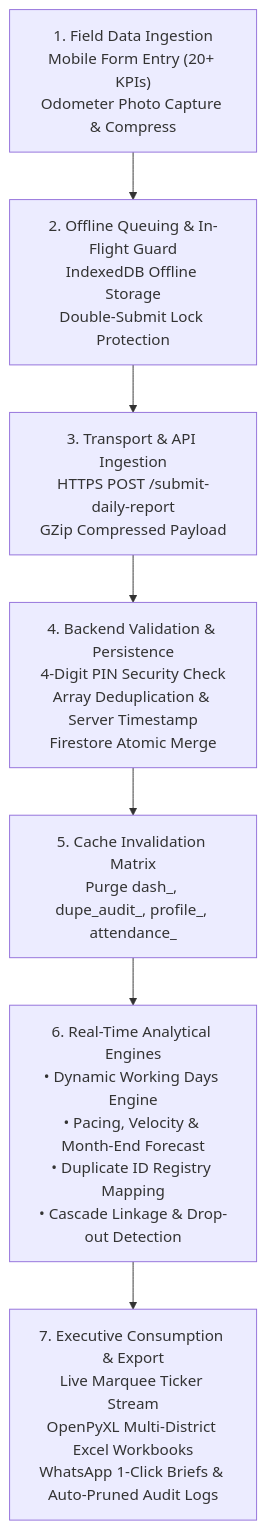
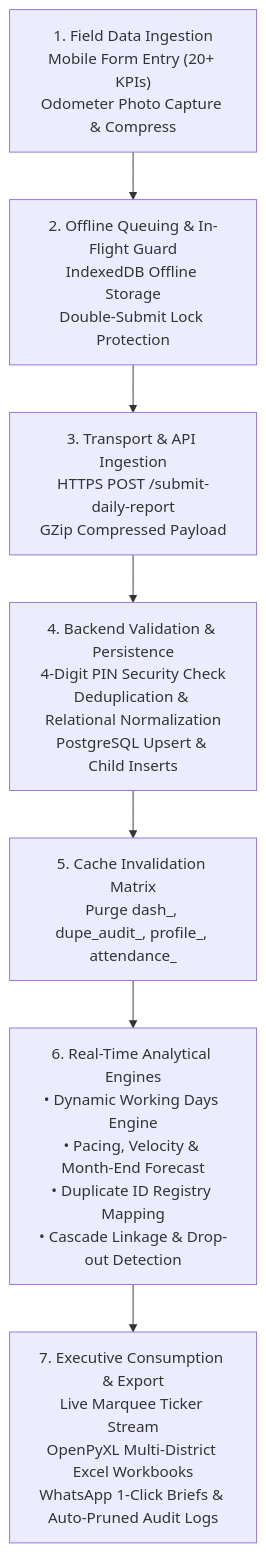
One commit to evilsaurav/dfy-mis-app changed the diagram in DATA_PROCESSING.md. Above: the diagram before and after it, drawn with Mermaid. The commit also changed other lines of this file and 4 other files, not shown here.

Commit message:
docs: update architecture and data processing documentation for Supabase PostgreSQL

````diff
--- a/DATA_PROCESSING.md
+++ b/DATA_PROCESSING.md
@@ -16,9 +16,9 @@
 ```mermaid
 flowchart TD
     Step1["1. Field Data Ingestion<br/>Mobile Form Entry (20+ KPIs)<br/>Odometer Photo Capture & Compress"] --> Step2["2. Offline Queuing & In-Flight Guard<br/>IndexedDB Offline Storage<br/>Double-Submit Lock Protection"]
     Step2 --> Step3["3. Transport & API Ingestion<br/>HTTPS POST /submit-daily-report<br/>GZip Compressed Payload"]
-    Step3 --> Step4["4. Backend Validation & Persistence<br/>4-Digit PIN Security Check<br/>Array Deduplication & Server Timestamp<br/>Firestore Atomic Merge"]
+    Step3 --> Step4["4. Backend Validation & Persistence<br/>4-Digit PIN Security Check<br/>Deduplication & Relational Normalization<br/>PostgreSQL Upsert & Child Inserts"]
     Step4 --> Step5["5. Cache Invalidation Matrix<br/>Purge dash_, dupe_audit_, profile_, attendance_"]
     Step5 --> Step6["6. Real-Time Analytical Engines<br/>• Dynamic Working Days Engine<br/>• Pacing, Velocity & Month-End Forecast<br/>• Duplicate ID Registry Mapping<br/>• Cascade Linkage & Drop-out Detection"]
     Step6 --> Step7["7. Executive Consumption & Export<br/>Live Marquee Ticker Stream<br/>OpenPyXL Multi-District Excel Workbooks<br/>WhatsApp 1-Click Briefs & Auto-Pruned Audit Logs"]
 ```
````
